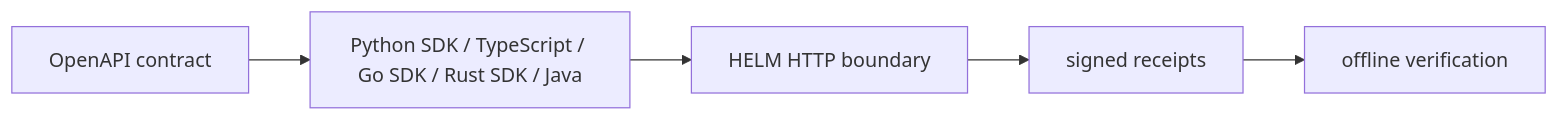
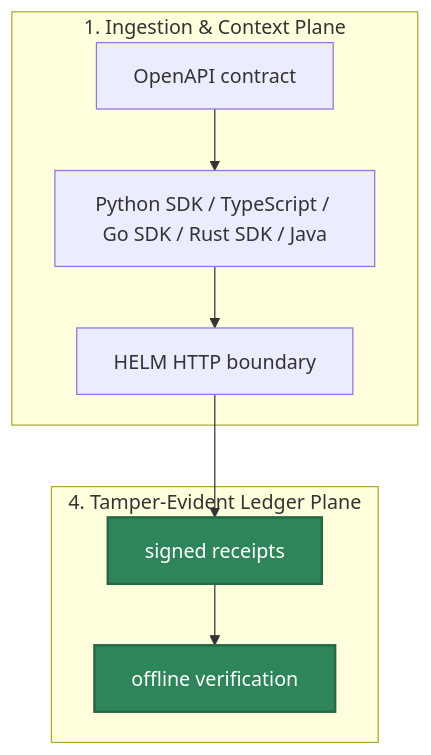
One commit to Mindburn-Labs/helm-ai-kernel changed the diagram in docs/sdks/00_INDEX.md. Above: the diagram before and after it, drawn with Mermaid. The commit also changed other lines of this file and 330 other files, not shown here.

````diff
--- a/docs/sdks/00_INDEX.md
+++ b/docs/sdks/00_INDEX.md
@@ -18,7 +18,23 @@
 ```mermaid
-flowchart LR
-  OpenAPI["OpenAPI contract"] --> SDKs["Python SDK / TypeScript / Go SDK / Rust SDK / Java"]
-  SDKs --> Boundary["HELM HTTP boundary"]
-  Boundary --> Receipts["signed receipts"]
-  Receipts --> Verify["offline verification"]
+flowchart TD
+    subgraph Ingestion["1. Ingestion & Context Plane"]
+        OpenAPI["OpenAPI contract"]
+        SDKs["Python SDK / TypeScript / Go SDK / Rust SDK / Java"]
+        Boundary["HELM HTTP boundary"]
+    end
+
+    subgraph Ledger["4. Tamper-Evident Ledger Plane"]
+        Receipts["signed receipts"]
+        Verify["offline verification"]
+    end
+
+    %% Operational Flow Edges
+    OpenAPI --> SDKs
+    SDKs --> Boundary
+    Boundary --> Receipts
+    Receipts --> Verify
+
+    %% Premium Styling Rules
+    style Receipts fill:#2f855a,stroke:#276749,stroke-width:2px,color:#fff
+    style Verify fill:#2f855a,stroke:#276749,stroke-width:2px,color:#fff
 ```
````
